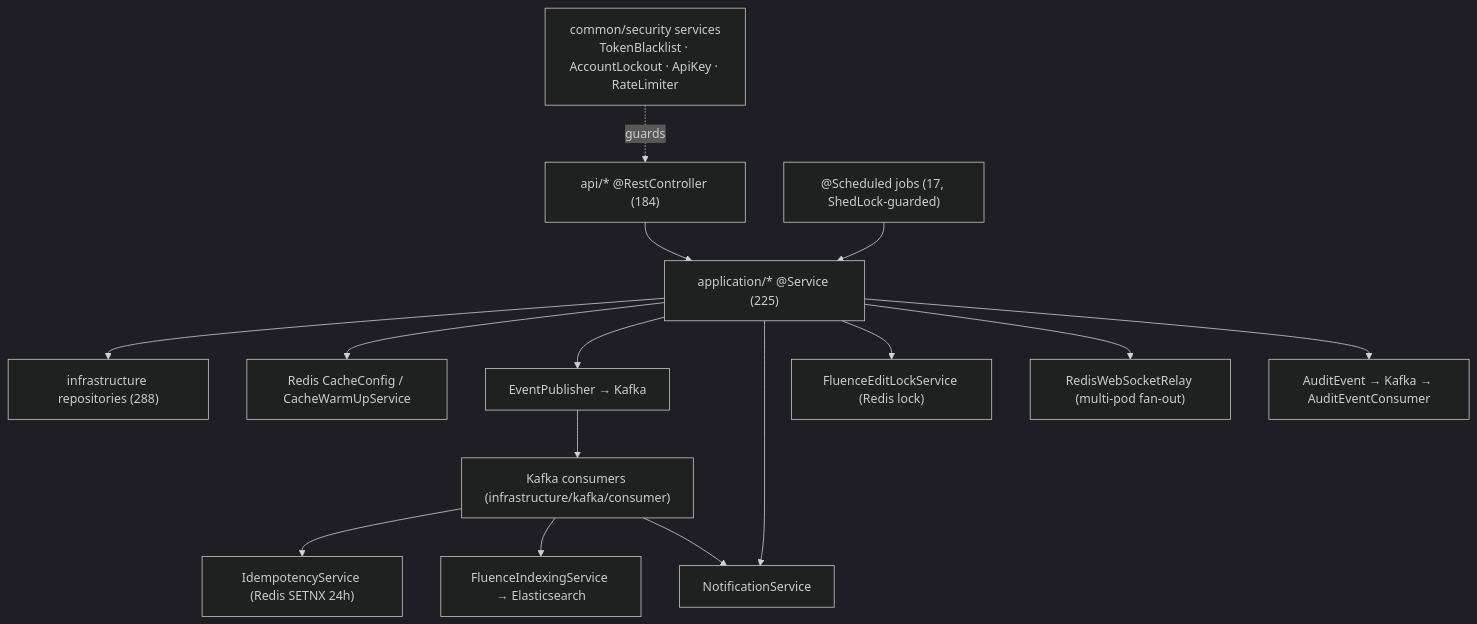
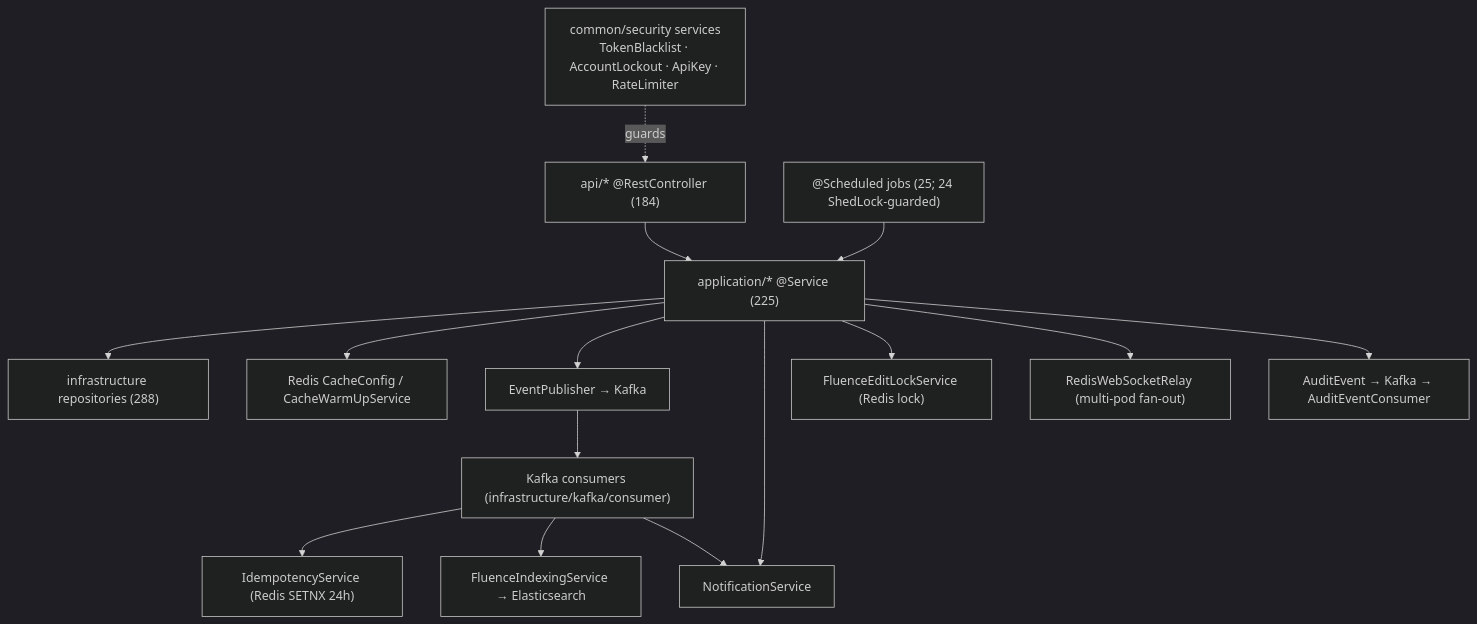
The second of 3 diagrams in docs/obsidian/04-Backend/Services.md (fayaz30395/nu-aura), drawn with Mermaid (dark theme) before and after one commit. The commit also changed other lines of this file and 51 other files, not shown here.

````diff
--- a/docs/obsidian/04-Backend/Services.md
+++ b/docs/obsidian/04-Backend/Services.md
@@ -46,17 +157,17 @@
 ```mermaid
 graph TD
     CTRL["api/* @RestController (184)"] --> APP["application/* @Service (225)"]
     APP --> REPO["infrastructure repositories (288)"]
     APP --> CACHE["Redis CacheConfig / CacheWarmUpService"]
     APP --> EP["EventPublisher → Kafka"]
     APP --> NOTIF["NotificationService"]
     APP --> LOCK["FluenceEditLockService (Redis lock)"]
     EP --> KCON["Kafka consumers (infrastructure/kafka/consumer)"]
     KCON --> IDS["IdempotencyService (Redis SETNX 24h)"]
     KCON --> SEARCH["FluenceIndexingService → Elasticsearch"]
     KCON --> NOTIF
-    SCHED["@Scheduled jobs (17, ShedLock-guarded)"] --> APP
+    SCHED["@Scheduled jobs (25; 24 ShedLock-guarded)"] --> APP
     APP --> WS["RedisWebSocketRelay (multi-pod fan-out)"]
     SEC["common/security services<br/>TokenBlacklist · AccountLockout · ApiKey · RateLimiter"] -.guards.-> CTRL
     APP --> AUDIT["AuditEvent → Kafka → AuditEventConsumer"]
 ```
````
